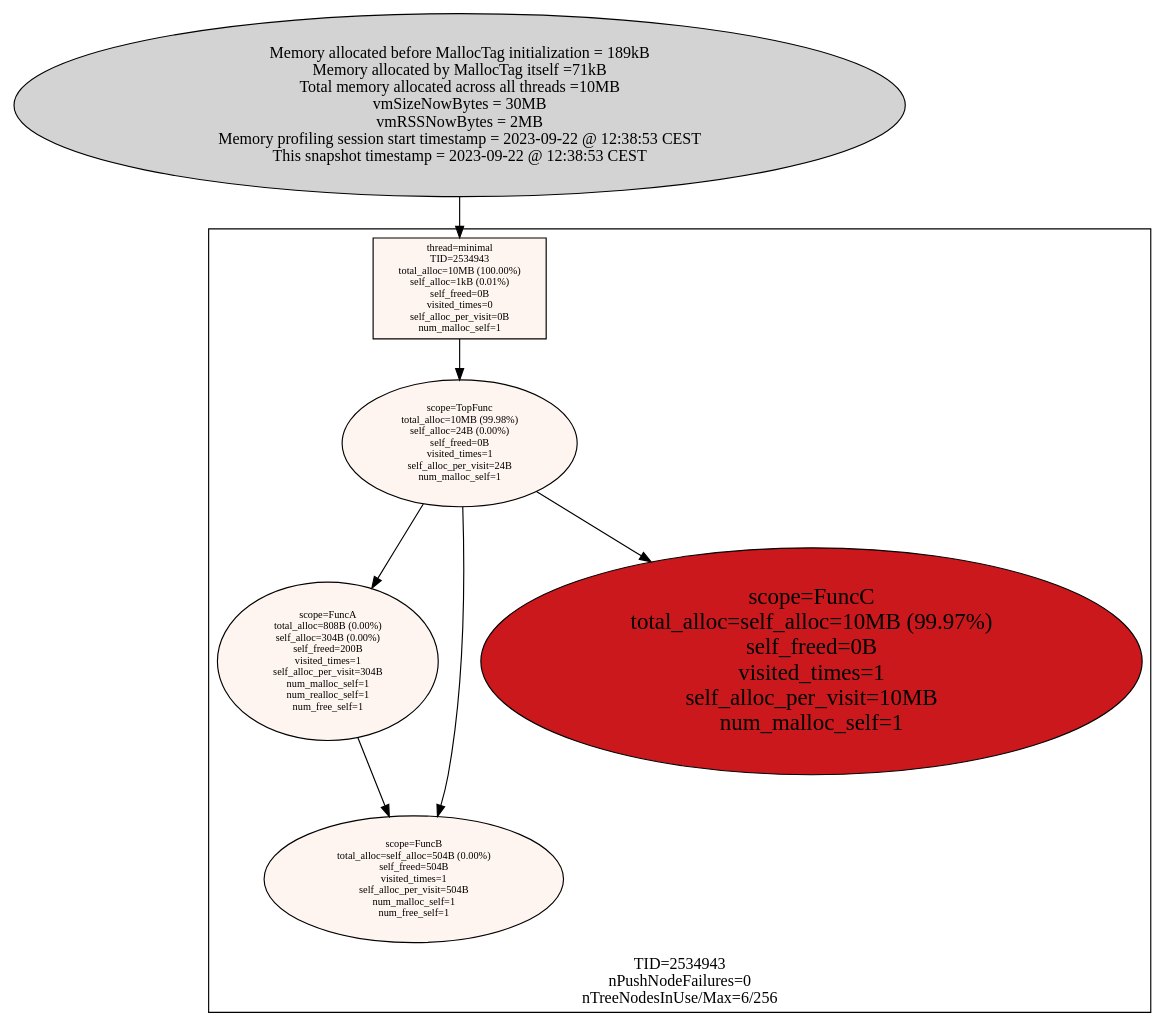
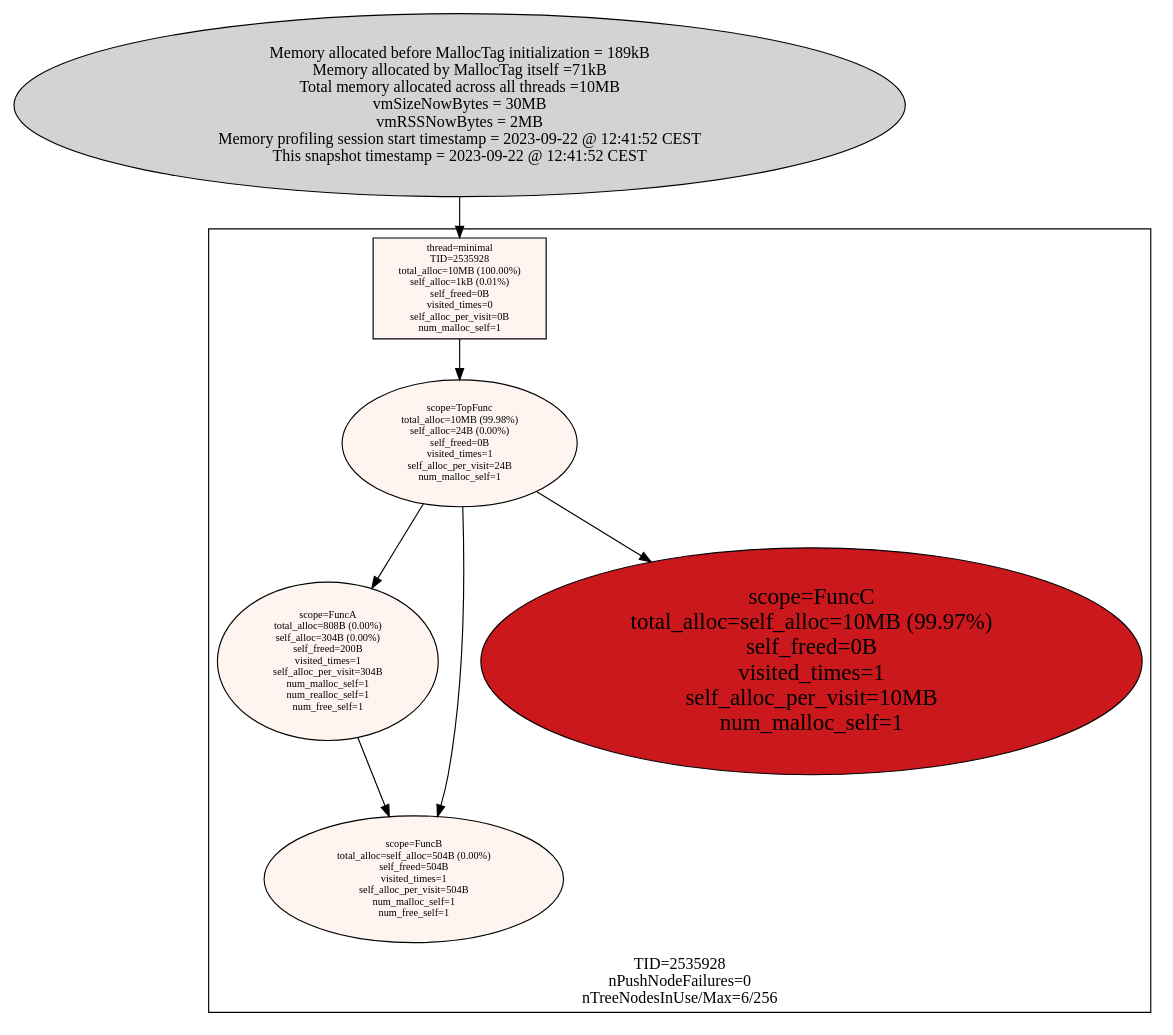
One commit to f18m/malloc-tag changed the diagram in examples/minimal/minimal_stats.dot. Above: the diagram before and after it, drawn with Graphviz. The commit also changed 9 other files, not shown here.

```diff
--- a/examples/minimal/minimal_stats.dot
+++ b/examples/minimal/minimal_stats.dot
@@ -1,29 +1,29 @@
 digraph AllMallocTrees {
  node [colorscheme=reds9 style=filled]
-  "Process 2534943" [label="Memory allocated before MallocTag initialization = 189kB\nMemory allocated by MallocTag itself =71kB\nTotal memory allocated across all threads =10MB\nvmSizeNowBytes = 30MB\nvmRSSNowBytes = 2MB\nMemory profiling session start timestamp = 2023-09-22 @ 12:38:53 CEST\nThis snapshot timestamp = 2023-09-22 @ 12:38:53 CEST\n"
+  "Process 2535928" [label="Memory allocated before MallocTag initialization = 189kB\nMemory allocated by MallocTag itself =71kB\nTotal memory allocated across all threads =10MB\nvmSizeNowBytes = 30MB\nvmRSSNowBytes = 2MB\nMemory profiling session start timestamp = 2023-09-22 @ 12:41:52 CEST\nThis snapshot timestamp = 2023-09-22 @ 12:41:52 CEST\n"
 ]
- subgraph cluster_TID2534943 {
+ subgraph cluster_TID2535928 {
   node [colorscheme=reds9 style=filled]
   labelloc="b"
-  label="TID=2534943\nnPushNodeFailures=0\nnTreeNodesInUse/Max=6/256\n"
-  "2534943_minimal" [label="thread=minimal\nTID=2534943\ntotal_alloc=10MB (100.00%)\nself_alloc=1kB (0.01%)\nself_freed=0B\nvisited_times=0\nself_alloc_per_visit=0B\nnum_malloc_self=1\n"
+  label="TID=2535928\nnPushNodeFailures=0\nnTreeNodesInUse/Max=6/256\n"
+  "2535928_minimal" [label="thread=minimal\nTID=2535928\ntotal_alloc=10MB (100.00%)\nself_alloc=1kB (0.01%)\nself_freed=0B\nvisited_times=0\nself_alloc_per_visit=0B\nnum_malloc_self=1\n"
  shape=box fillcolor=1 fontsize=9]
-  "2534943_minimal" -> "2534943_TopFunc"
-  "2534943_TopFunc" [label="scope=TopFunc\ntotal_alloc=10MB (99.98%)\nself_alloc=24B (0.00%)\nself_freed=0B\nvisited_times=1\nself_alloc_per_visit=24B\nnum_malloc_self=1\n"
+  "2535928_minimal" -> "2535928_TopFunc"
+  "2535928_TopFunc" [label="scope=TopFunc\ntotal_alloc=10MB (99.98%)\nself_alloc=24B (0.00%)\nself_freed=0B\nvisited_times=1\nself_alloc_per_visit=24B\nnum_malloc_self=1\n"
  fillcolor=1 fontsize=9]
-  "2534943_TopFunc" -> "2534943_FuncA"
-  "2534943_TopFunc" -> "2534943_FuncB"
-  "2534943_TopFunc" -> "2534943_FuncC"
-  "2534943_FuncA" [label="scope=FuncA\ntotal_alloc=808B (0.00%)\nself_alloc=304B (0.00%)\nself_freed=200B\nvisited_times=1\nself_alloc_per_visit=304B\nnum_malloc_self=1\nnum_realloc_self=1\nnum_free_self=1\n"
+  "2535928_TopFunc" -> "2535928_FuncA"
+  "2535928_TopFunc" -> "2535928_FuncB"
+  "2535928_TopFunc" -> "2535928_FuncC"
+  "2535928_FuncA" [label="scope=FuncA\ntotal_alloc=808B (0.00%)\nself_alloc=304B (0.00%)\nself_freed=200B\nvisited_times=1\nself_alloc_per_visit=304B\nnum_malloc_self=1\nnum_realloc_self=1\nnum_free_self=1\n"
  fillcolor=1 fontsize=9]
-  "2534943_FuncA" -> "2534943_FuncB"
-  "2534943_FuncB" [label="scope=FuncB\ntotal_alloc=self_alloc=504B (0.00%)\nself_freed=504B\nvisited_times=1\nself_alloc_per_visit=504B\nnum_malloc_self=1\nnum_free_self=1\n"
+  "2535928_FuncA" -> "2535928_FuncB"
+  "2535928_FuncB" [label="scope=FuncB\ntotal_alloc=self_alloc=504B (0.00%)\nself_freed=504B\nvisited_times=1\nself_alloc_per_visit=504B\nnum_malloc_self=1\nnum_free_self=1\n"
  fillcolor=1 fontsize=9]
-  "2534943_FuncB" [label="scope=FuncB\ntotal_alloc=self_alloc=504B (0.00%)\nself_freed=504B\nvisited_times=1\nself_alloc_per_visit=504B\nnum_malloc_self=1\nnum_free_self=1\n"
+  "2535928_FuncB" [label="scope=FuncB\ntotal_alloc=self_alloc=504B (0.00%)\nself_freed=504B\nvisited_times=1\nself_alloc_per_visit=504B\nnum_malloc_self=1\nnum_free_self=1\n"
  fillcolor=1 fontsize=9]
-  "2534943_FuncC" [label="scope=FuncC\ntotal_alloc=self_alloc=10MB (99.97%)\nself_freed=0B\nvisited_times=1\nself_alloc_per_visit=10MB\nnum_malloc_self=1\n"
+  "2535928_FuncC" [label="scope=FuncC\ntotal_alloc=self_alloc=10MB (99.97%)\nself_freed=0B\nvisited_times=1\nself_alloc_per_visit=10MB\nnum_malloc_self=1\n"
  fillcolor=7 fontsize=20]
  }
 
-  "Process 2534943" -> "2534943_minimal"
+  "Process 2535928" -> "2535928_minimal"
 }
```
